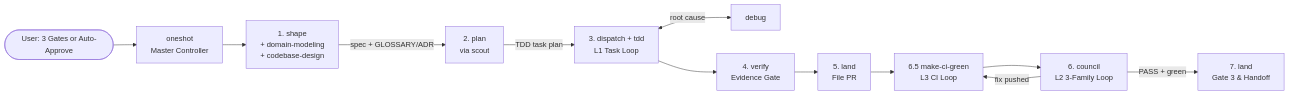
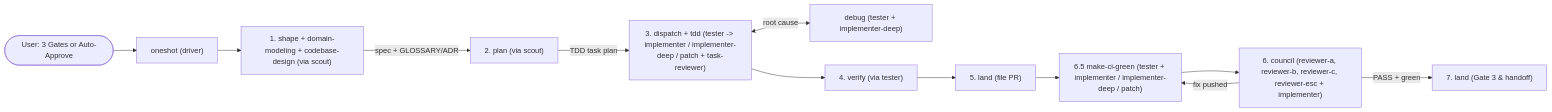
Before and after one commit to DennisLoska/skills: the second of 3 diagrams in README.md, drawn with Mermaid. The commit also changed other lines of this file and 37 other files, not shown here.

````diff
--- a/README.md
+++ b/README.md
@@ -39,14 +87,14 @@
 ```mermaid
 flowchart LR
-  U([User: 3 Gates or Auto-Approve]) --> C[oneshot<br/>Master Controller]
-  C --> P1[1. shape<br/>+ domain-modeling<br/>+ codebase-design]
-  P1 -- spec + GLOSSARY/ADR --> P2[2. plan<br/>via scout]
-  P2 -- TDD task plan --> P3[3. dispatch + tdd<br/>L1 Task Loop]
-  P3 <-- root cause --> D[debug]
-  P3 --> P4[4. verify<br/>Evidence Gate]
-  P4 --> P5[5. land<br/>File PR]
-  P5 --> P65[6.5 make-ci-green<br/>L3 CI Loop]
-  P65 --> P6[6. council<br/>L2 3-Family Loop]
-  P6 -- fix pushed --> P65
-  P6 -- PASS + green --> P7[7. land<br/>Gate 3 & Handoff]
+  U(["User: 3 Gates or Auto-Approve"]) --> C["oneshot (driver)"]
+  C --> P1["1. shape + domain-modeling + codebase-design (via scout)"]
+  P1 -- "spec + GLOSSARY/ADR" --> P2["2. plan (via scout)"]
+  P2 -- "TDD task plan" --> P3["3. dispatch + tdd (tester -> implementer / implementer-deep / patch + task-reviewer)"]
+  P3 <-- "root cause" --> D["debug (tester + implementer-deep)"]
+  P3 --> P4["4. verify (via tester)"]
+  P4 --> P5["5. land (file PR)"]
+  P5 --> P65["6.5 make-ci-green (tester + implementer / implementer-deep / patch)"]
+  P65 --> P6["6. council (reviewer-a, reviewer-b, reviewer-c, reviewer-esc + implementer)"]
+  P6 -- "fix pushed" --> P65
+  P6 -- "PASS + green" --> P7["7. land (Gate 3 & handoff)"]
 ```
````
